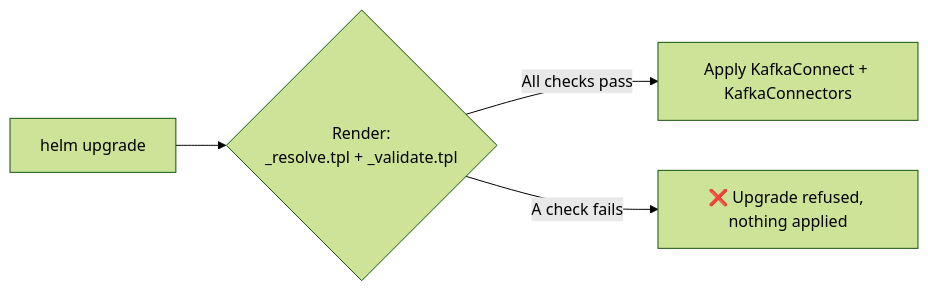
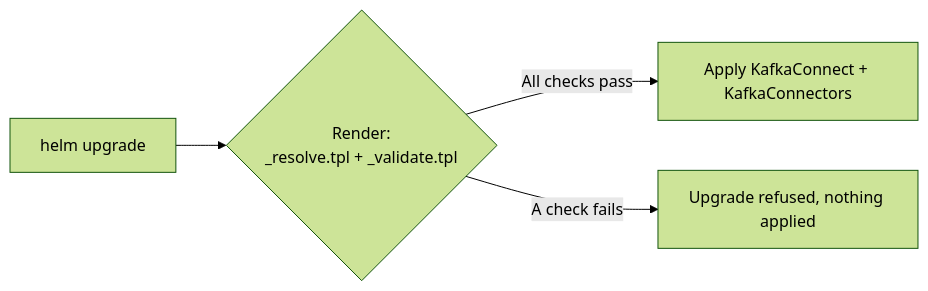
One commit to actions-marketplace-validations/bmscomp_kates changed the seventh of 14 diagrams in docs/book/21-kafka-connect.md. Above: the diagram before and after it, drawn with Mermaid (forest theme). The commit also changed other lines of this file and 27 other files, not shown here.

````diff
--- a/docs/book/21-kafka-connect.md
+++ b/docs/book/21-kafka-connect.md
@@ -501,9 +516,9 @@
 ```mermaid
 %%| label: fig-kc-predeploy-validation
 %%| fig-cap: "The chart checks connector configs while Helm renders it, so a bad config fails the upgrade before anything is applied."
 %%| fig-alt: "helm upgrade renders the chart through _resolve.tpl and _validate.tpl. If every check passes, the KafkaConnect and KafkaConnector resources are applied; if a check fails, the upgrade is refused and nothing is applied."
 graph LR
     A["helm upgrade"] --> B{"Render:<br/>_resolve.tpl + _validate.tpl"}
     B -->|"All checks pass"| C["Apply KafkaConnect + KafkaConnectors"]
-    B -->|"A check fails"| D["❌ Upgrade refused, nothing applied"]
+    B -->|"A check fails"| D["Upgrade refused, nothing applied"]
 ```
````
